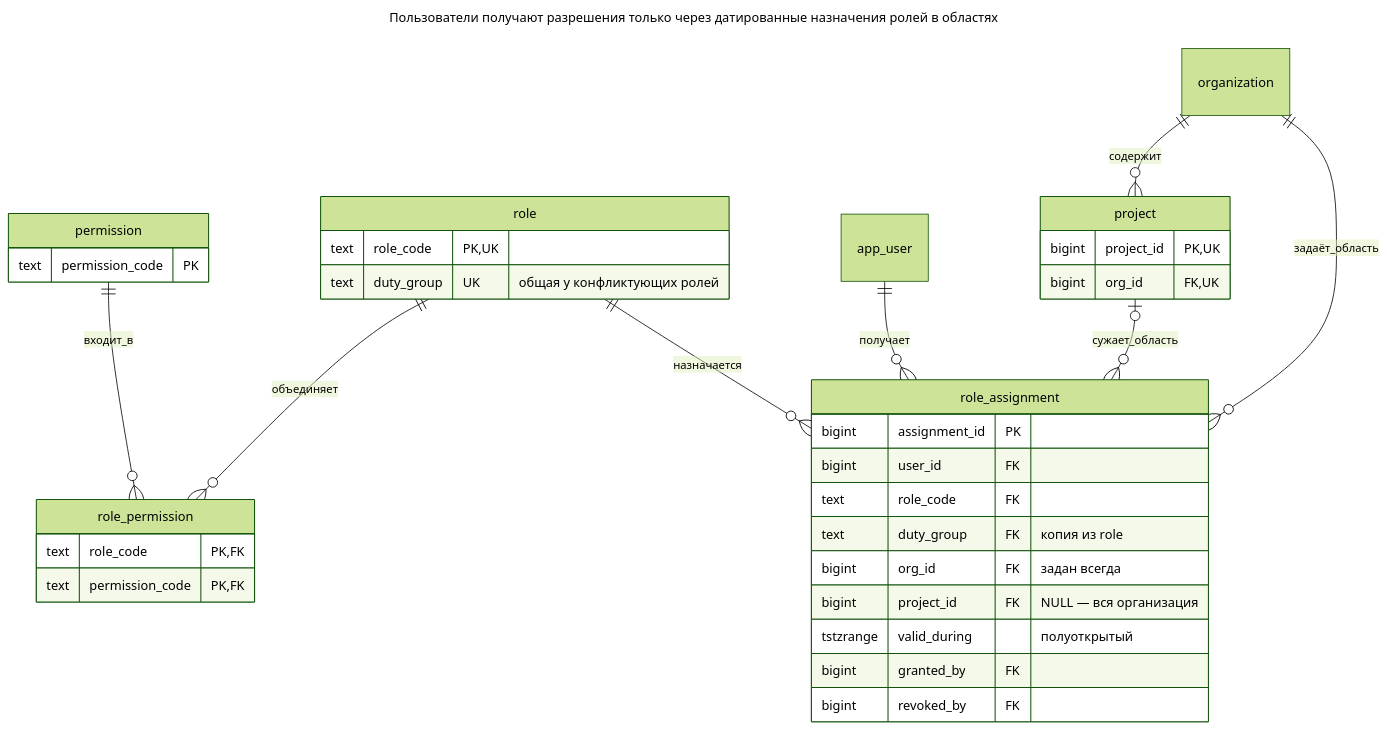
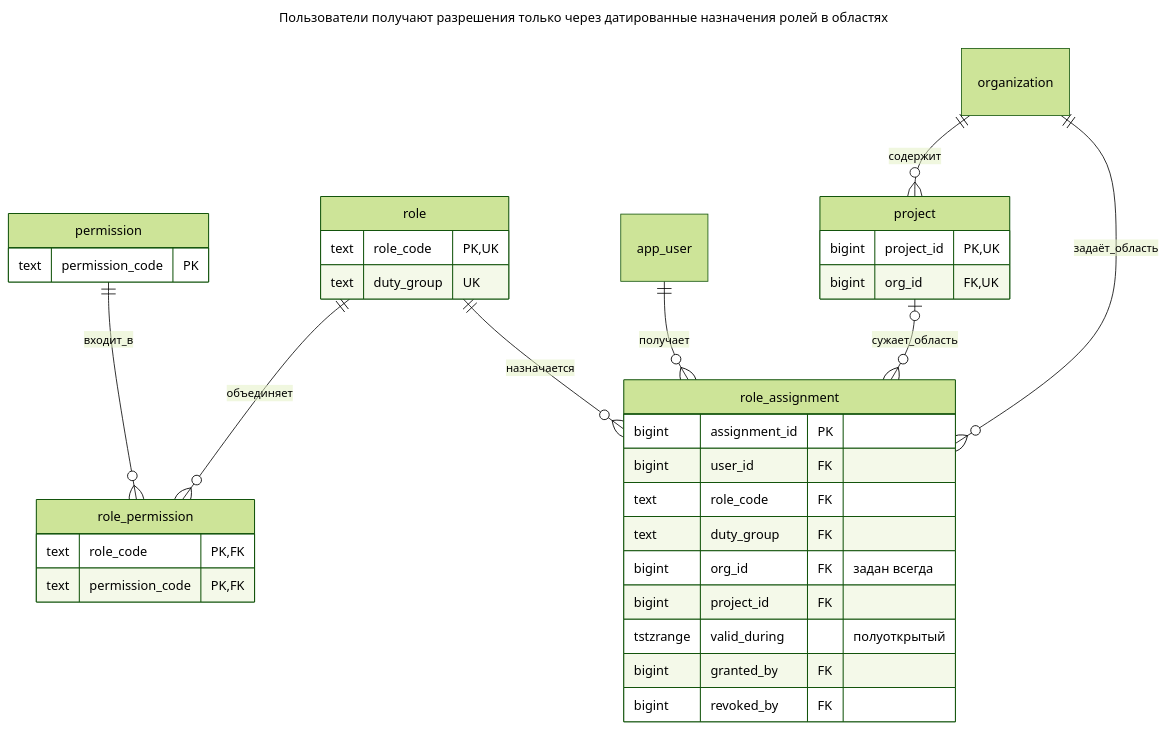
The second of 5 diagrams in book/ru/permission-grant.md (mokevnin/database-design-patterns), drawn with Mermaid (forest theme) before and after one commit. The commit also changed other lines of this file and 7 other files, not shown here.

First line of the commit message:
fix: make new chapter diagrams render and fit the column (#28)

````diff
--- a/book/ru/permission-grant.md
+++ b/book/ru/permission-grant.md
@@ -67,43 +67,43 @@
 ```mermaid
 ---
 title: Пользователи получают разрешения только через датированные назначения ролей в областях
 ---
 erDiagram
     direction TB
     permission ||--o{ role_permission : входит_в
     role ||--o{ role_permission : объединяет
     role ||--o{ role_assignment : назначается
     app_user ||--o{ role_assignment : получает
     organization ||--o{ project : содержит
     organization ||--o{ role_assignment : задаёт_область
     project |o--o{ role_assignment : сужает_область
     permission {
         text permission_code PK
     }
     role {
         text role_code PK, UK
-        text duty_group UK "общая у конфликтующих ролей"
+        text duty_group UK
     }
     role_permission {
         text role_code PK, FK
         text permission_code PK, FK
     }
     role_assignment {
         bigint assignment_id PK
         bigint user_id FK
         text role_code FK
-        text duty_group FK "копия из role"
+        text duty_group FK
         bigint org_id FK "задан всегда"
-        bigint project_id FK "NULL — вся организация"
+        bigint project_id FK
         tstzrange valid_during "полуоткрытый"
         bigint granted_by FK
         bigint revoked_by FK
     }
     project {
         bigint project_id PK, UK
         bigint org_id FK, UK
     }
     class role_assignment accent
     class role,role_permission accent
     class organization,project,app_user,permission muted
 ```
````
